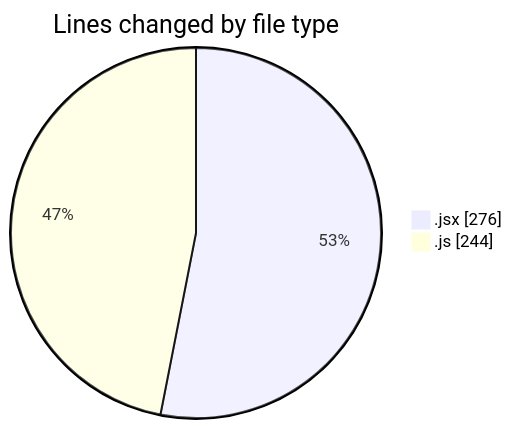
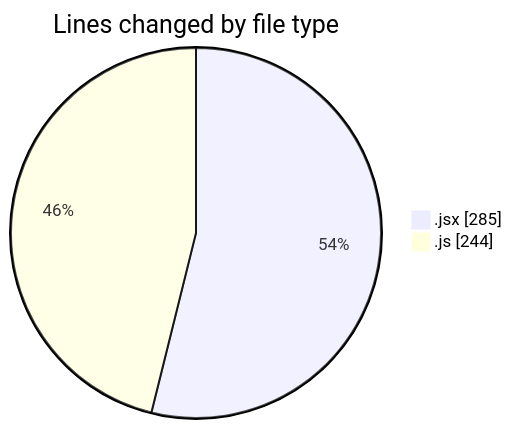
The first of 2 diagrams in 2025-12-14/nxtqube_webapp/README.md (nxtqubesakshisongat/code-tracking), drawn with Mermaid before and after one commit. The commit also changed other lines of this file and 1 other file, not shown here.

````diff
--- a/2025-12-14/nxtqube_webapp/README.md
+++ b/2025-12-14/nxtqube_webapp/README.md
@@ -22,6 +22,6 @@
 ```mermaid
 pie showData
 title Lines changed by file type
-".jsx" : 276
+".jsx" : 285
 ".js" : 244
 ```
````
